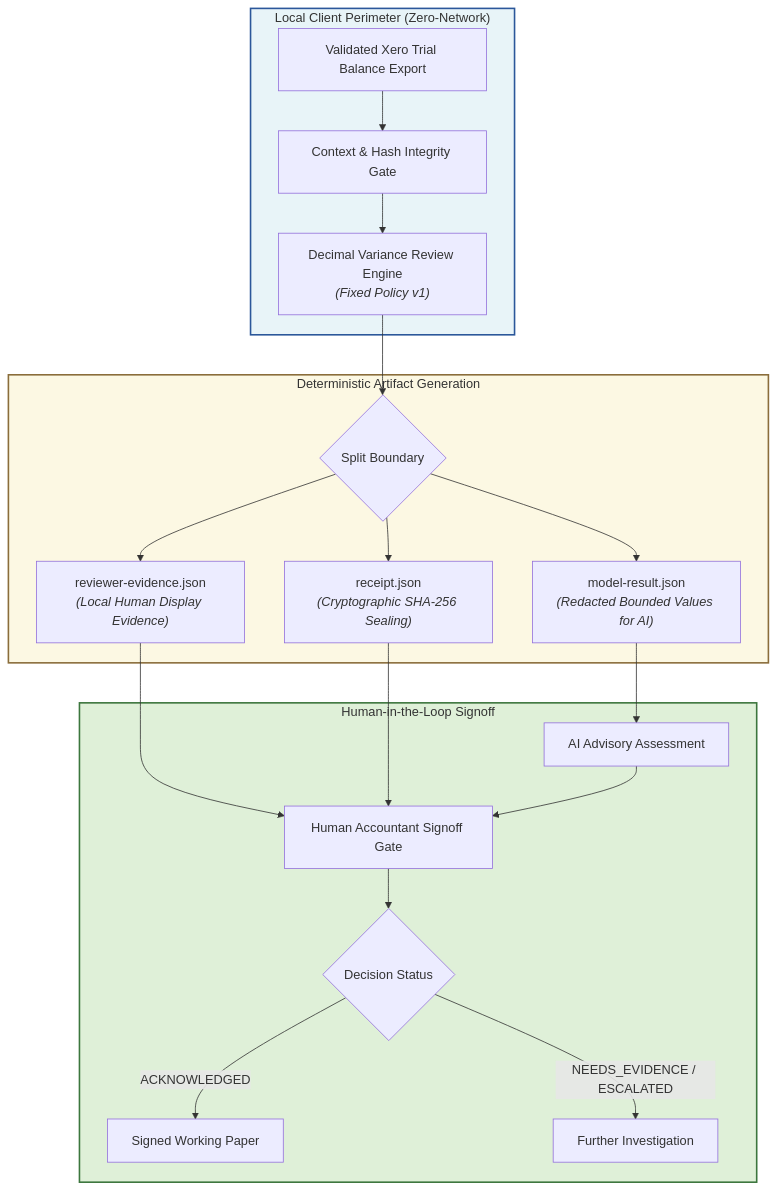
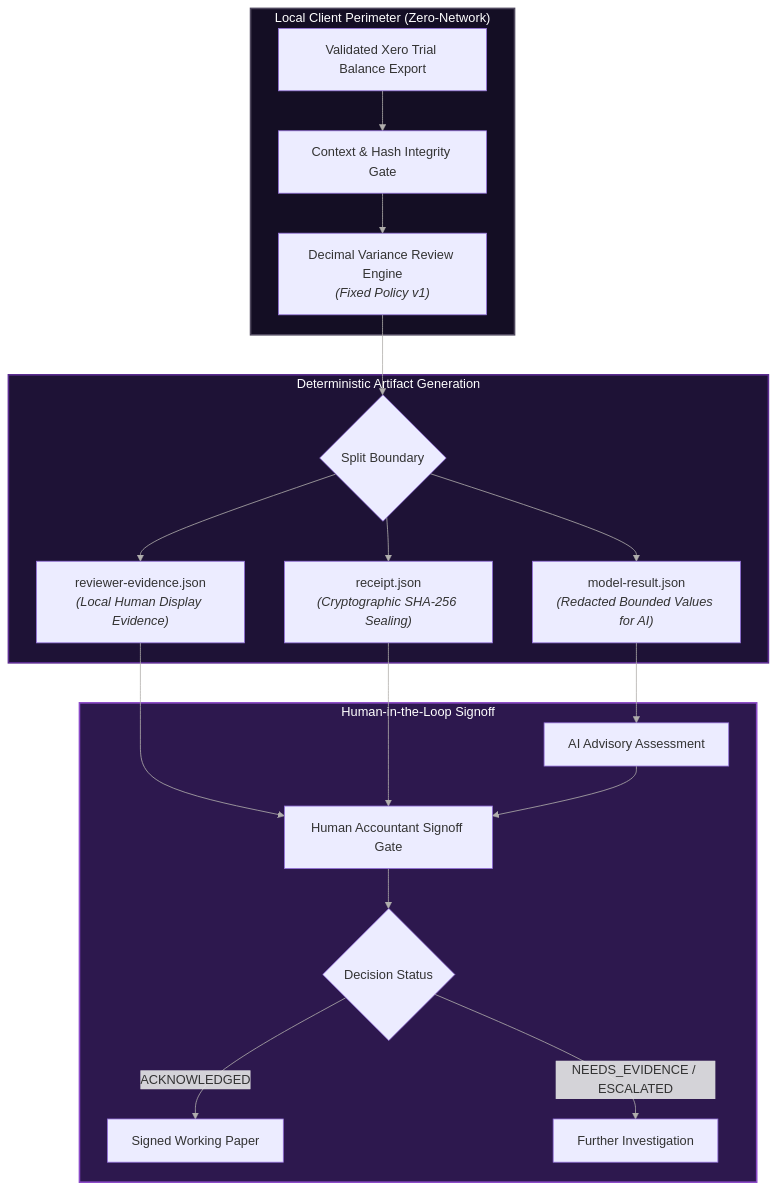
One commit to ryanduguid/ElizabethAnneAlexander changed the diagram in README.md. Above: the diagram before and after it, drawn with Mermaid. The commit also changed other lines of this file, not shown here.

Commit message:
style: adopt Luma dark palette on visual surfaces

````diff
--- a/README.md
+++ b/README.md
@@ -16,26 +16,27 @@
 ```mermaid
+%%{init: {"themeVariables": {"lineColor": "#B1AFAD"}}}%%
 flowchart TD
     subgraph ClientPerimeter ["Local Client Perimeter (Zero-Network)"]
         Raw["Validated Xero Trial Balance Export"] --> Validate["Context & Hash Integrity Gate"]
         Validate --> Engine["Decimal Variance Review Engine<br/><i>(Fixed Policy v1)</i>"]
     end
 
     subgraph ArtifactSplit ["Deterministic Artifact Generation"]
         Engine --> Split{"Split Boundary"}
         Split --> Model["model-result.json<br/><i>(Redacted Bounded Values for AI)</i>"]
         Split --> Evidence["reviewer-evidence.json<br/><i>(Local Human Display Evidence)</i>"]
         Split --> Receipt["receipt.json<br/><i>(Cryptographic SHA-256 Sealing)</i>"]
     end
 
     subgraph Governance ["Human-in-the-Loop Signoff"]
         Model --> LLM["AI Advisory Assessment"]
         Evidence & Receipt & LLM --> Reviewer["Human Accountant Signoff Gate"]
         Reviewer --> Decision{"Decision Status"}
         Decision -->|ACKNOWLEDGED| Done["Signed Working Paper"]
         Decision -->|NEEDS_EVIDENCE / ESCALATED| Action["Further Investigation"]
     end
 
-    style ClientPerimeter fill:#e8f4f8,stroke:#2b579a,stroke-width:2px
-    style ArtifactSplit fill:#fcf8e3,stroke:#8a6d3b,stroke-width:2px
-    style Governance fill:#dff0d8,stroke:#3c763d,stroke-width:2px
+    style ClientPerimeter fill:#140E24,stroke:#4F485E,stroke-width:2px,color:#FFFFFF
+    style ArtifactSplit fill:#1E1236,stroke:#5C2D91,stroke-width:2px,color:#FFFFFF
+    style Governance fill:#2D184E,stroke:#8A4AC7,stroke-width:2px,color:#FFFFFF
 ```
````
